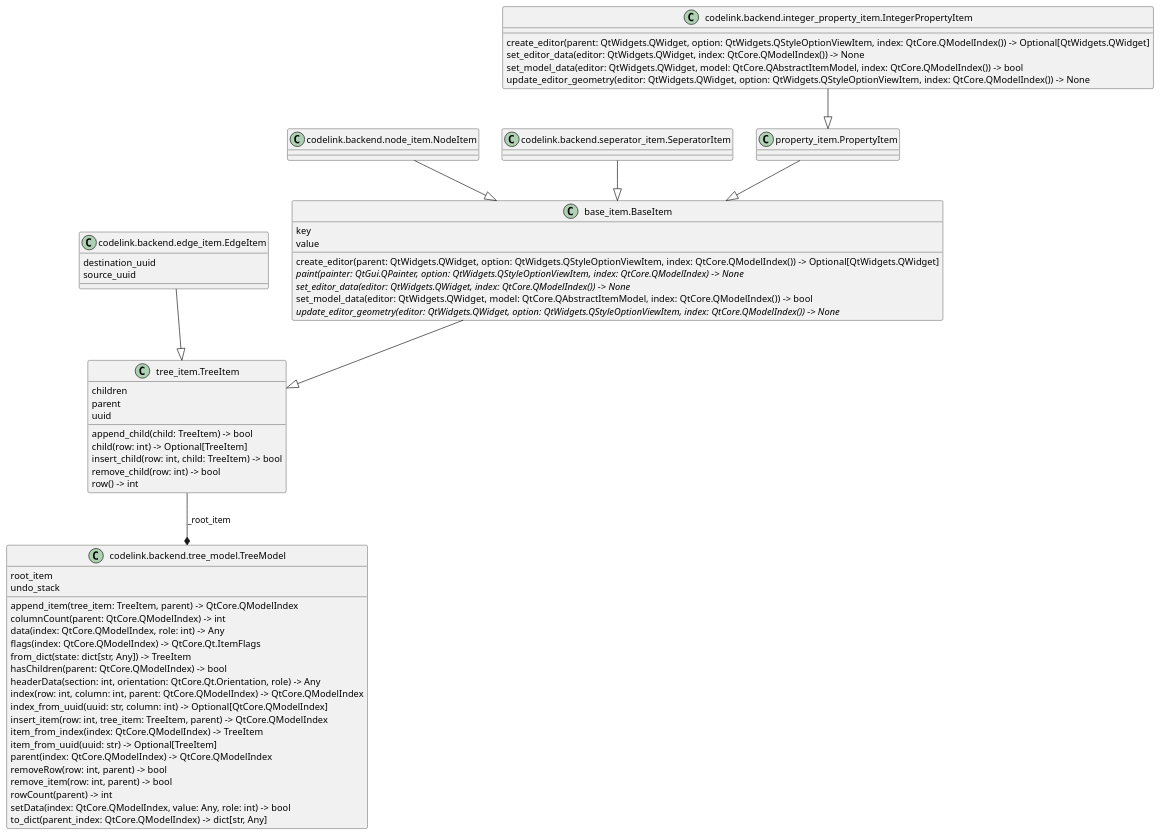
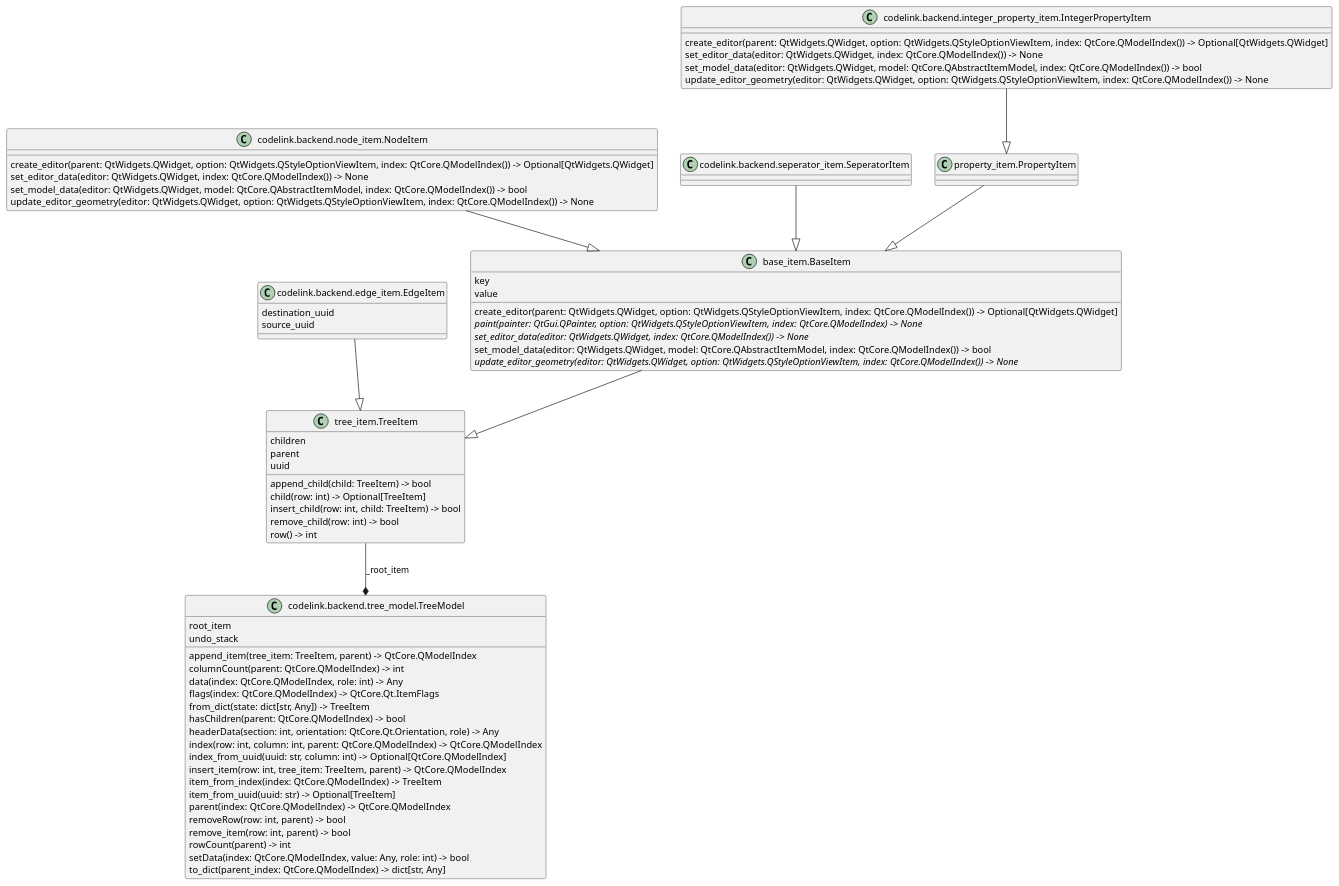
One commit to j8sr0230/codelink changed the diagram in src/codelink/backend/classes.puml. Above: the diagram before and after it, drawn with PlantUML. The commit also changed 5 other files, not shown here.

```diff
--- a/src/codelink/backend/classes.puml
+++ b/src/codelink/backend/classes.puml
@@ -1,67 +1,71 @@
 @startuml classes
 set namespaceSeparator none
 class "base_item.BaseItem" as base_item.BaseItem {
   key
   value
   create_editor(parent: QtWidgets.QWidget, option: QtWidgets.QStyleOptionViewItem, index: QtCore.QModelIndex()) -> Optional[QtWidgets.QWidget]
   {abstract}paint(painter: QtGui.QPainter, option: QtWidgets.QStyleOptionViewItem, index: QtCore.QModelIndex) -> None
   {abstract}set_editor_data(editor: QtWidgets.QWidget, index: QtCore.QModelIndex()) -> None
   set_model_data(editor: QtWidgets.QWidget, model: QtCore.QAbstractItemModel, index: QtCore.QModelIndex()) -> bool
   {abstract}update_editor_geometry(editor: QtWidgets.QWidget, option: QtWidgets.QStyleOptionViewItem, index: QtCore.QModelIndex()) -> None
 }
 class "codelink.backend.edge_item.EdgeItem" as codelink.backend.edge_item.EdgeItem {
   destination_uuid
   source_uuid
 }
 class "codelink.backend.integer_property_item.IntegerPropertyItem" as codelink.backend.integer_property_item.IntegerPropertyItem {
   create_editor(parent: QtWidgets.QWidget, option: QtWidgets.QStyleOptionViewItem, index: QtCore.QModelIndex()) -> Optional[QtWidgets.QWidget]
   set_editor_data(editor: QtWidgets.QWidget, index: QtCore.QModelIndex()) -> None
   set_model_data(editor: QtWidgets.QWidget, model: QtCore.QAbstractItemModel, index: QtCore.QModelIndex()) -> bool
   update_editor_geometry(editor: QtWidgets.QWidget, option: QtWidgets.QStyleOptionViewItem, index: QtCore.QModelIndex()) -> None
 }
 class "codelink.backend.node_item.NodeItem" as codelink.backend.node_item.NodeItem {
+  create_editor(parent: QtWidgets.QWidget, option: QtWidgets.QStyleOptionViewItem, index: QtCore.QModelIndex()) -> Optional[QtWidgets.QWidget]
+  set_editor_data(editor: QtWidgets.QWidget, index: QtCore.QModelIndex()) -> None
+  set_model_data(editor: QtWidgets.QWidget, model: QtCore.QAbstractItemModel, index: QtCore.QModelIndex()) -> bool
+  update_editor_geometry(editor: QtWidgets.QWidget, option: QtWidgets.QStyleOptionViewItem, index: QtCore.QModelIndex()) -> None
 }
 class "codelink.backend.seperator_item.SeperatorItem" as codelink.backend.seperator_item.SeperatorItem {
 }
 class "codelink.backend.tree_model.TreeModel" as codelink.backend.tree_model.TreeModel {
   root_item
   undo_stack
   append_item(tree_item: TreeItem, parent) -> QtCore.QModelIndex
   columnCount(parent: QtCore.QModelIndex) -> int
   data(index: QtCore.QModelIndex, role: int) -> Any
   flags(index: QtCore.QModelIndex) -> QtCore.Qt.ItemFlags
   from_dict(state: dict[str, Any]) -> TreeItem
   hasChildren(parent: QtCore.QModelIndex) -> bool
   headerData(section: int, orientation: QtCore.Qt.Orientation, role) -> Any
   index(row: int, column: int, parent: QtCore.QModelIndex) -> QtCore.QModelIndex
   index_from_uuid(uuid: str, column: int) -> Optional[QtCore.QModelIndex]
   insert_item(row: int, tree_item: TreeItem, parent) -> QtCore.QModelIndex
   item_from_index(index: QtCore.QModelIndex) -> TreeItem
   item_from_uuid(uuid: str) -> Optional[TreeItem]
   parent(index: QtCore.QModelIndex) -> QtCore.QModelIndex
   removeRow(row: int, parent) -> bool
   remove_item(row: int, parent) -> bool
   rowCount(parent) -> int
   setData(index: QtCore.QModelIndex, value: Any, role: int) -> bool
   to_dict(parent_index: QtCore.QModelIndex) -> dict[str, Any]
 }
 class "property_item.PropertyItem" as property_item.PropertyItem {
 }
 class "tree_item.TreeItem" as tree_item.TreeItem {
   children
   parent
   uuid
   append_child(child: TreeItem) -> bool
   child(row: int) -> Optional[TreeItem]
   insert_child(row: int, child: TreeItem) -> bool
   remove_child(row: int) -> bool
   row() -> int
 }
 base_item.BaseItem --|> tree_item.TreeItem
 codelink.backend.edge_item.EdgeItem --|> tree_item.TreeItem
 codelink.backend.integer_property_item.IntegerPropertyItem --|> property_item.PropertyItem
 codelink.backend.node_item.NodeItem --|> base_item.BaseItem
 codelink.backend.seperator_item.SeperatorItem --|> base_item.BaseItem
 property_item.PropertyItem --|> base_item.BaseItem
 tree_item.TreeItem --* codelink.backend.tree_model.TreeModel : _root_item
 @enduml
```
